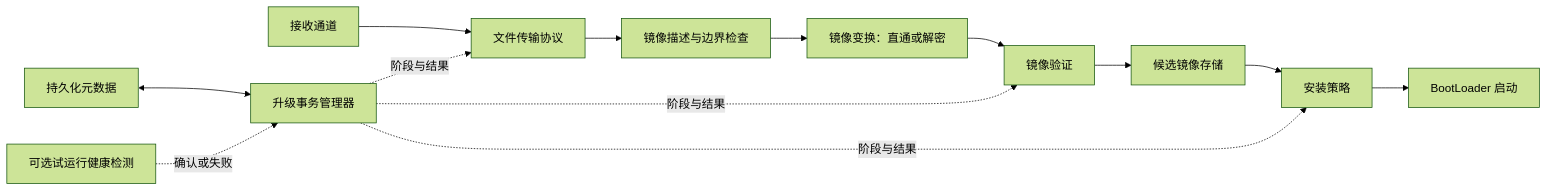
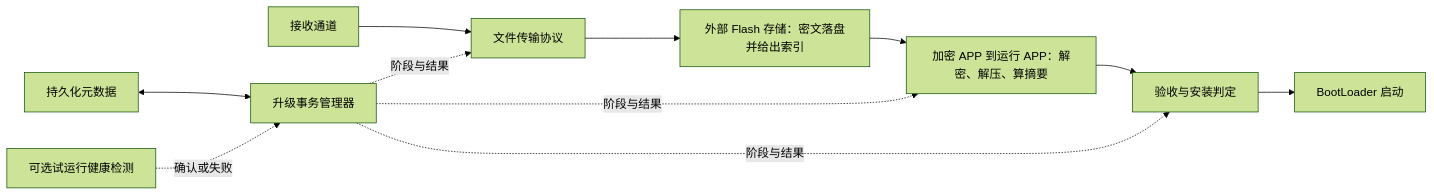
One commit to evil0knight/Basic_learning_record changed the diagram in 术中自有万钟粟/OTA/OTA模块化架构.md. Above: the diagram before and after it, drawn with Mermaid (forest theme). The commit also changed other lines of this file and 78 other files, not shown here.

````diff
--- a/术中自有万钟粟/OTA/OTA模块化架构.md
+++ b/术中自有万钟粟/OTA/OTA模块化架构.md
@@ -15,15 +15,13 @@
 ```mermaid
 flowchart LR
     T[接收通道] --> P[文件传输协议]
-    P --> I[镜像描述与边界检查]
-    I --> X[镜像变换：直通或解密]
-    X --> V[镜像验证]
-    V --> S[候选镜像存储]
-    S --> N[安装策略]
+    P --> A[外部 Flash 存储：密文落盘并给出索引]
+    A --> X[加密 APP 到运行 APP：解密、解压、算摘要]
+    X --> N[验收与安装判定]
     N --> B[BootLoader 启动]
     C[升级事务管理器] -.阶段与结果.-> P
-    C -.阶段与结果.-> V
+    C -.阶段与结果.-> X
     C -.阶段与结果.-> N
     M[持久化元数据] <--> C
     H[可选试运行健康检测] -.确认或失败.-> C
 ```
````
